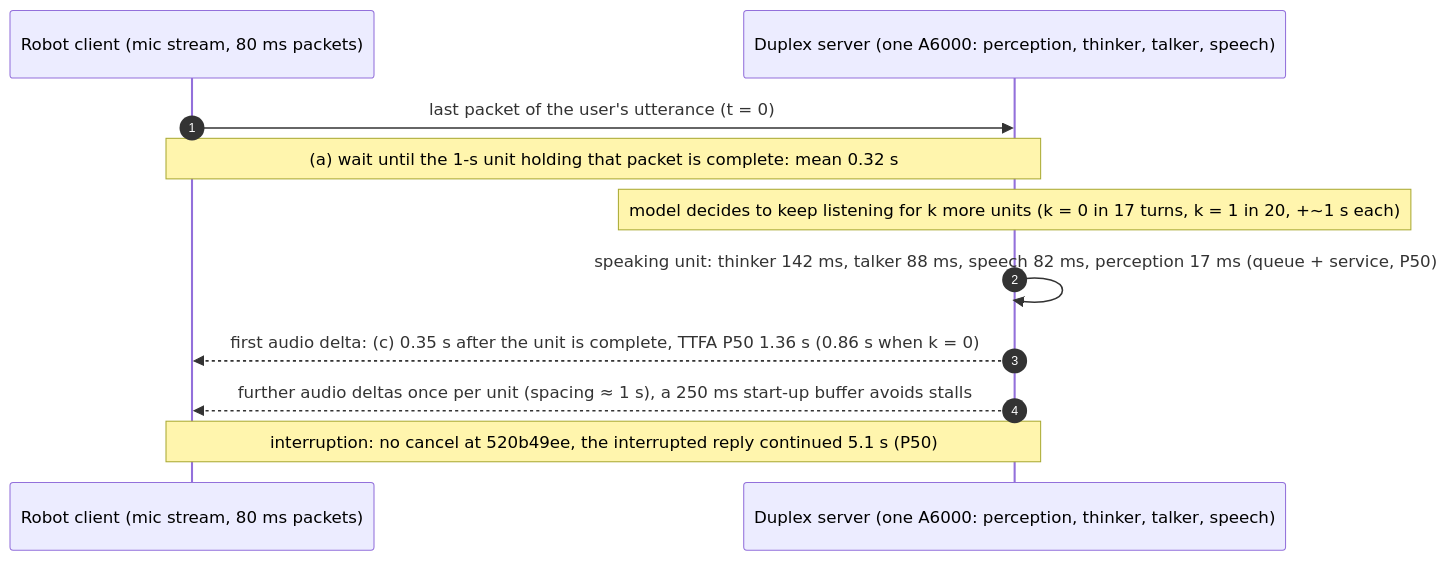
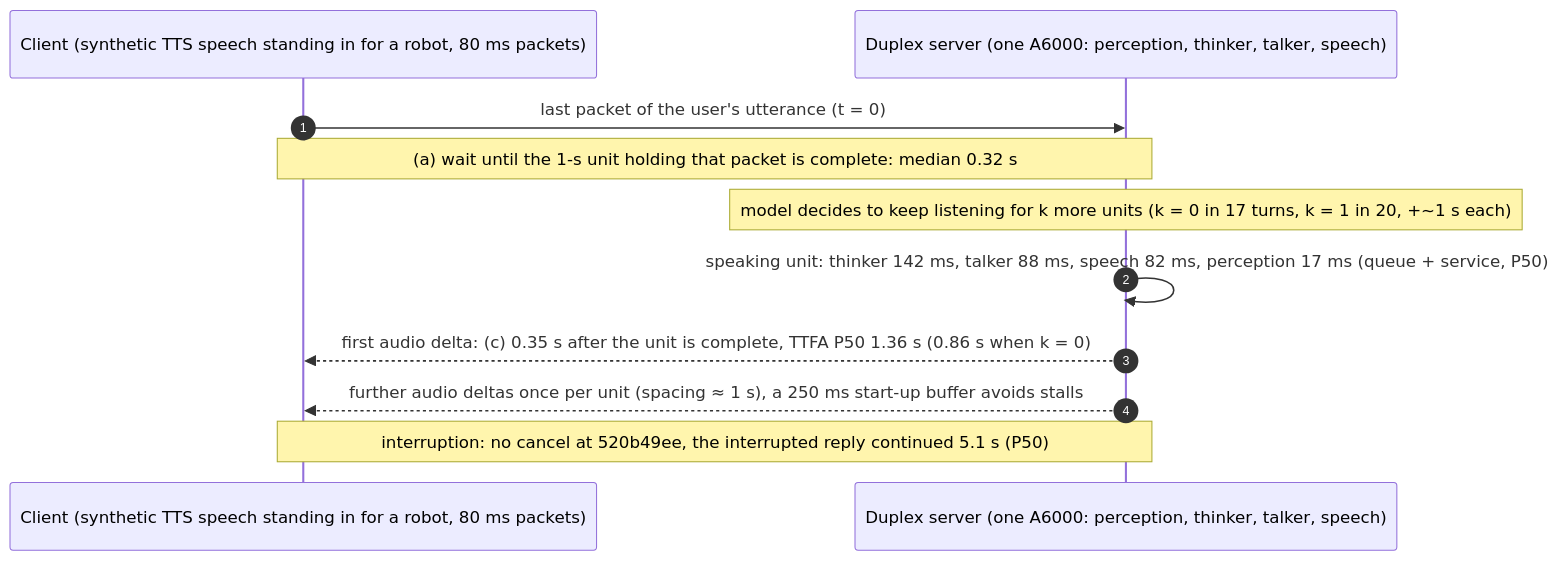
One commit to Yixingac/omni-serving-research changed the third of 3 diagrams in research/next_steps/robotics_application_intro.md. Above: the diagram before and after it, drawn with Mermaid. The commit also changed other lines of this file and 19 other files, not shown here.

````diff
--- a/research/next_steps/robotics_application_intro.md
+++ b/research/next_steps/robotics_application_intro.md
@@ -153,13 +153,13 @@
 ```mermaid
 sequenceDiagram
   autonumber
-  participant U as Robot client (mic stream, 80 ms packets)
+  participant U as Client (synthetic TTS speech standing in for a robot, 80 ms packets)
   participant S as Duplex server (one A6000: perception, thinker, talker, speech)
   U->>S: last packet of the user's utterance (t = 0)
-  Note over U,S: (a) wait until the 1-s unit holding that packet is complete: mean 0.32 s
+  Note over U,S: (a) wait until the 1-s unit holding that packet is complete: median 0.32 s
   Note over S: model decides to keep listening for k more units (k = 0 in 17 turns, k = 1 in 20, +~1 s each)
   S->>S: speaking unit: thinker 142 ms, talker 88 ms, speech 82 ms, perception 17 ms (queue + service, P50)
   S-->>U: first audio delta: (c) 0.35 s after the unit is complete, TTFA P50 1.36 s (0.86 s when k = 0)
   S-->>U: further audio deltas once per unit (spacing ≈ 1 s), a 250 ms start-up buffer avoids stalls
   Note over U,S: interruption: no cancel at 520b49ee, the interrupted reply continued 5.1 s (P50)
 ```
````
